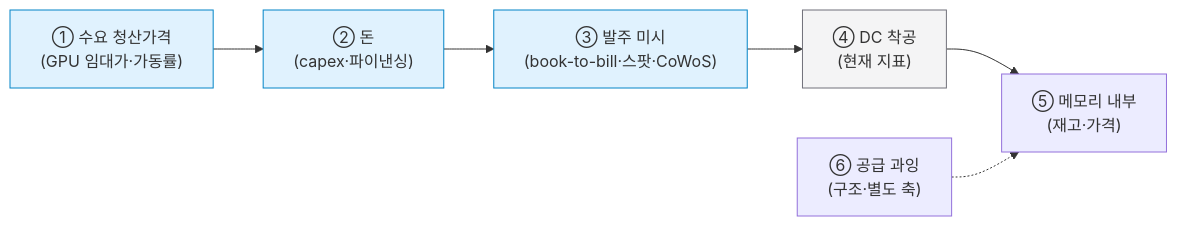
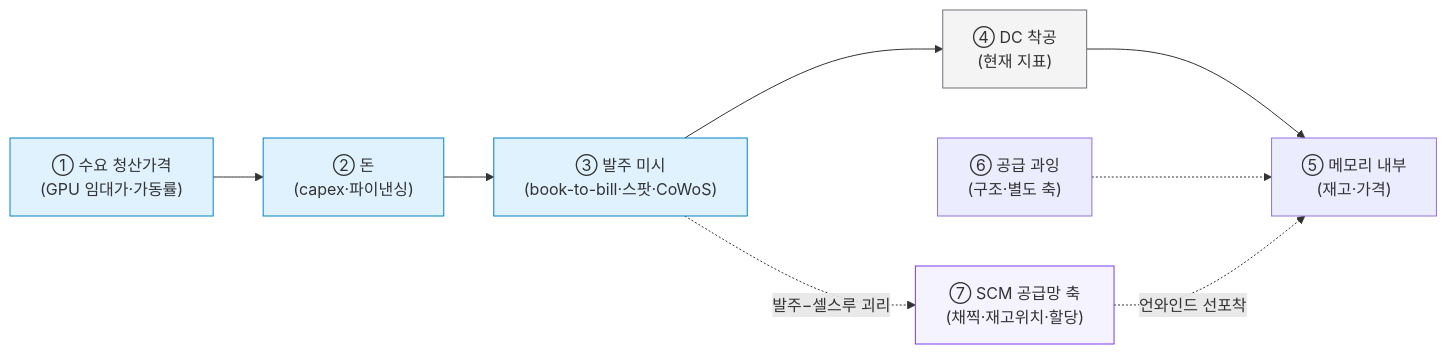
The diagram in wiki/concepts/demand-inflection-ewi.md (k31001/action-learning), drawn with Mermaid before and after one commit. The commit also changed other lines of this file and 10 other files, not shown here.

First line of the commit message:
feat(ewi): SCM 공급망 축 신규 — 채찍효과·재고위치·할당으로 메모리 불황 선행 감지 (v2.18.0)

````diff
--- a/wiki/concepts/demand-inflection-ewi.md
+++ b/wiki/concepts/demand-inflection-ewi.md
@@ -19,14 +19,18 @@
 ```mermaid
 flowchart LR
   T0["① 수요 청산가격<br/>(GPU 임대가·가동률)"] --> T1["② 돈<br/>(capex·파이낸싱)"]
   T1 --> T2["③ 발주 미시<br/>(book-to-bill·스팟·CoWoS)"]
   T2 --> C["④ DC 착공<br/>(현재 지표)"]
   C --> T3["⑤ 메모리 내부<br/>(재고·가격)"]
   SUP["⑥ 공급 과잉<br/>(구조·별도 축)"] -.-> T3
+  T2 -.->|발주−셀스루 괴리| SCM["⑦ SCM 공급망 축<br/>(채찍·재고위치·할당)"]
+  SCM -.->|언와인드 선포착| T3
   T0:::lead
   T1:::lead
   T2:::lead
   C:::stick
+  SCM:::scm
   classDef lead fill:#e0f2fe,stroke:#0284c7;
   classDef stick fill:#f4f4f5,stroke:#71717a;
+  classDef scm fill:#f5f3ff,stroke:#7c3aed;
 ```
````
